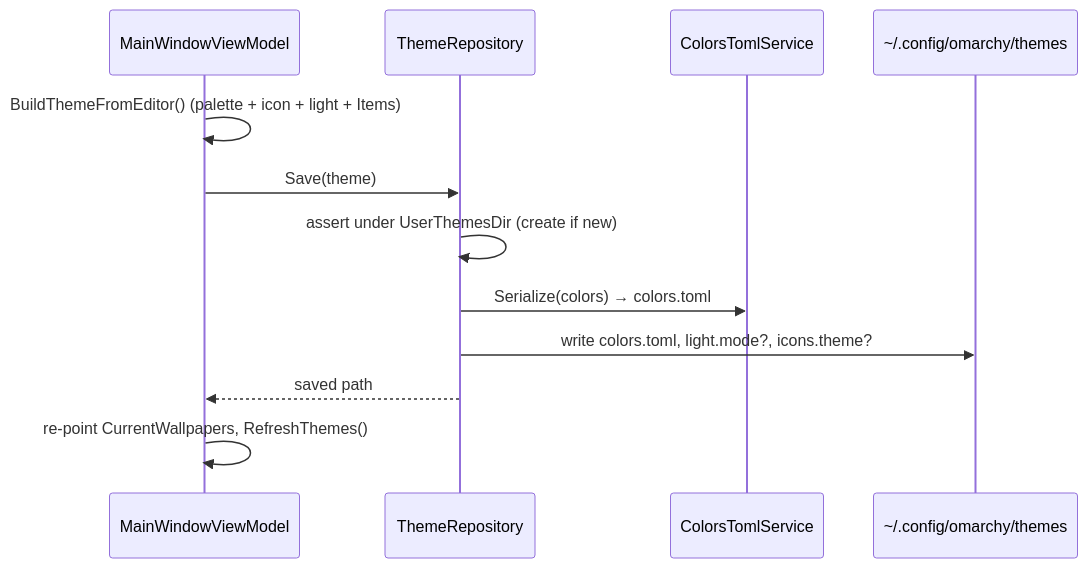
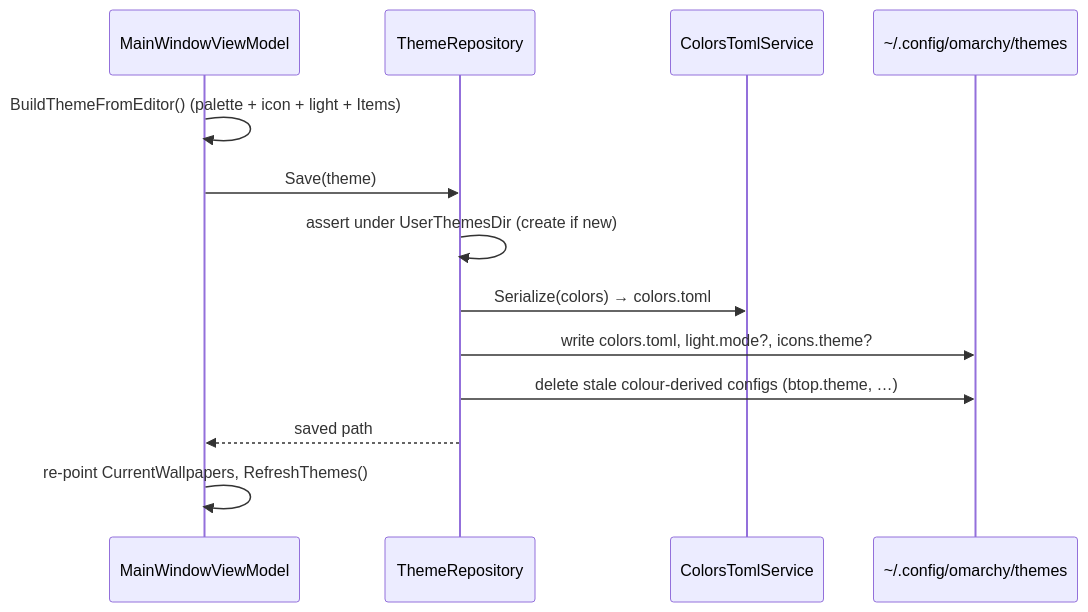
The second of 2 diagrams in docs/10-Theme-Persistence.md (SykesTheLord/OmarchyThemeCreator), drawn with Mermaid before and after one commit. The commit also changed other lines of this file and 30 other files, not shown here.

````diff
--- a/docs/10-Theme-Persistence.md
+++ b/docs/10-Theme-Persistence.md
@@ -134,15 +134,16 @@
 ```mermaid
 sequenceDiagram
     participant VM as MainWindowViewModel
     participant TR as ThemeRepository
     participant CT as ColorsTomlService
     participant FS as ~/.config/omarchy/themes
 
     VM->>VM: BuildThemeFromEditor() (palette + icon + light + Items)
     VM->>TR: Save(theme)
     TR->>TR: assert under UserThemesDir (create if new)
     TR->>CT: Serialize(colors) → colors.toml
     TR->>FS: write colors.toml, light.mode?, icons.theme?
+    TR->>FS: delete stale colour-derived configs (btop.theme, …)
     TR-->>VM: saved path
     VM->>VM: re-point CurrentWallpapers, RefreshThemes()
 ```
````
